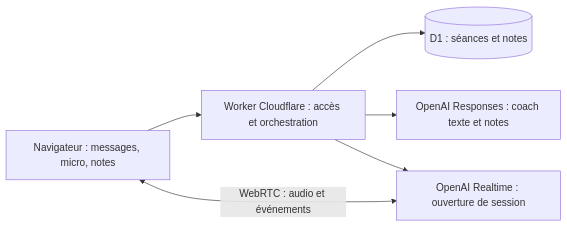
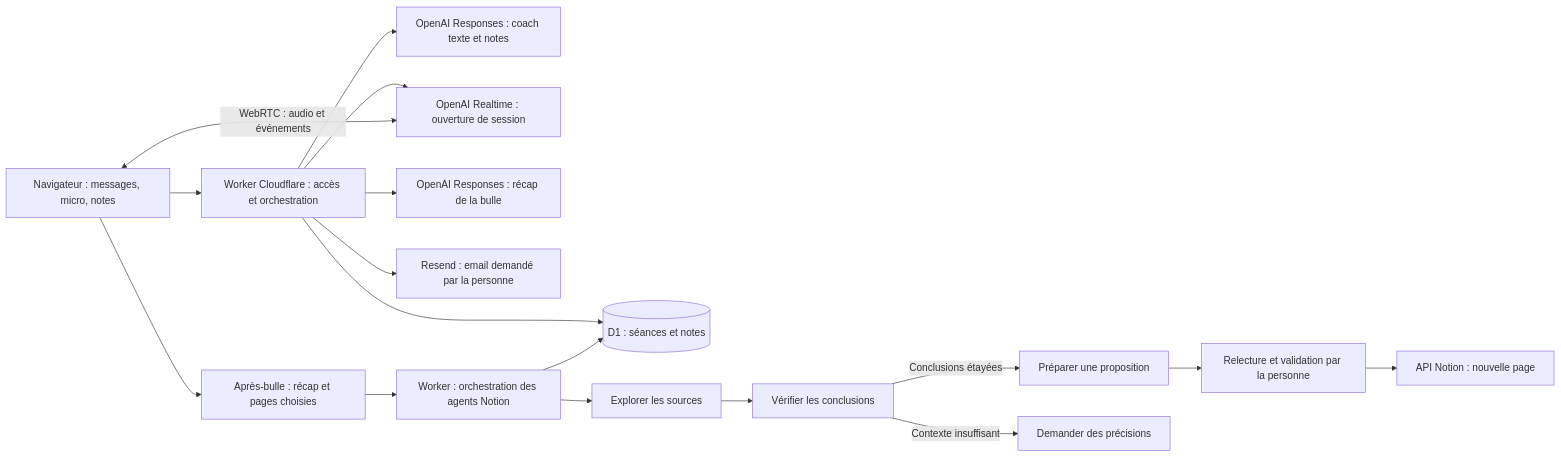
One commit to kennethassogba/hodge-podge changed the diagram in docs/architecture.md. Above: the diagram before and after it, drawn with Mermaid. The commit also changed other lines of this file and 4 other files, not shown here.

````diff
--- a/docs/architecture.md
+++ b/docs/architecture.md
@@ -5,8 +9,19 @@
 ```mermaid
 flowchart LR
     U[Navigateur : messages, micro, notes] --> W[Worker Cloudflare : accès et orchestration]
     W --> D[(D1 : séances et notes)]
     W --> R[OpenAI Responses : coach texte et notes]
     W --> S[OpenAI Realtime : ouverture de session]
     U <-->|WebRTC : audio et événements| S
+    W --> C[OpenAI Responses : récap de la bulle]
+    W --> E[Resend : email demandé par la personne]
+    U --> A[Après-bulle : récap et pages choisies]
+    A --> N[Worker : orchestration des agents Notion]
+    N --> I[Explorer les sources]
+    I --> V[Vérifier les conclusions]
+    V -->|Conclusions étayées| P[Préparer une proposition]
+    V -->|Contexte insuffisant| X[Demander des précisions]
+    P --> H[Relecture et validation par la personne]
+    H --> O[API Notion : nouvelle page]
+    N --> D
 ```
````
